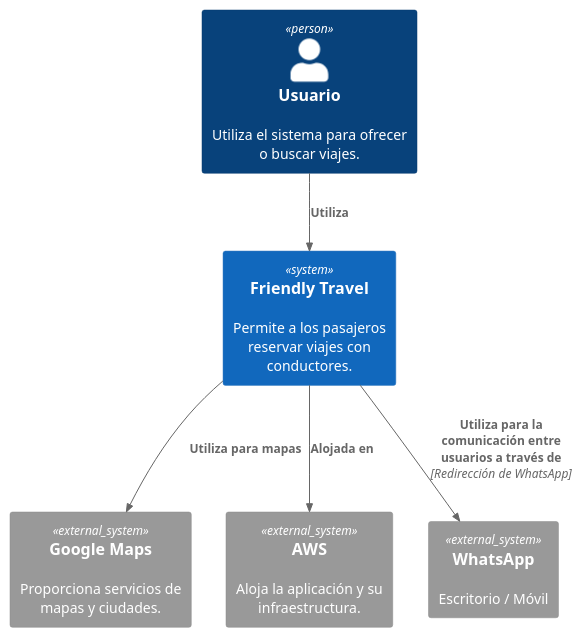
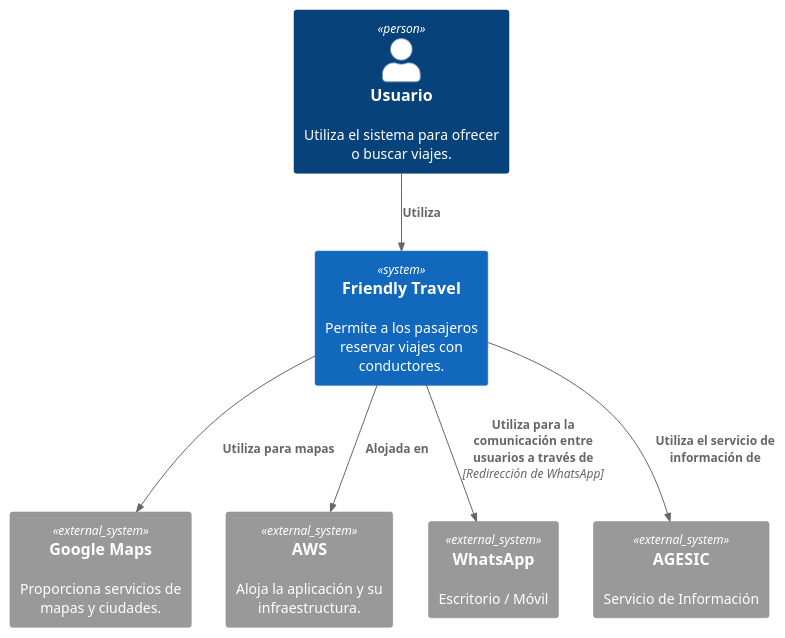
Before and after one commit to rodrisu/friendlytravel.github.io: the diagram in Diagrams/C4_Context.puml, drawn with PlantUML. The commit also changed 1 other file, not shown here.

Commit message:
se actualizan diagramas con el nuevo servicio

```diff
--- a/Diagrams/C4_Context.puml
+++ b/Diagrams/C4_Context.puml
@@ -1,18 +1,20 @@
 @startuml FriendlyTravel_Context
 
 !include https://raw.githubusercontent.com/plantuml-stdlib/C4-PlantUML/master/C4_Context.puml
 
-System(friendlytravel, "Friendly Travel", "Permite a los pasajeros reservar viajes con conductores.")
+System(friendlytravel, "Friendly Travel", "Permite a los pasajeros reservar viajes con conductores.") 
 
 Person(usuario, "Usuario", "Utiliza el sistema para ofrecer o buscar viajes.") 
 
 System_Ext(googlemaps, "Google Maps", "Proporciona servicios de mapas y ciudades.")
 System_Ext(aws, "AWS", "Aloja la aplicación y su infraestructura.")
 System_Ext(whatsapp, "WhatsApp", "Escritorio / Móvil")
+System_Ext(agesic, "AGESIC", "Servicio de Información")
 
 Rel(usuario, friendlytravel, "Utiliza")
 Rel(friendlytravel, googlemaps, "Utiliza para mapas")
 Rel(friendlytravel, aws, "Alojada en")
 Rel(friendlytravel, whatsapp, "Utiliza para la comunicación entre usuarios a través de", "Redirección de WhatsApp")
+Rel(friendlytravel, agesic, "Utiliza el servicio de información de")
 
 @enduml
```
